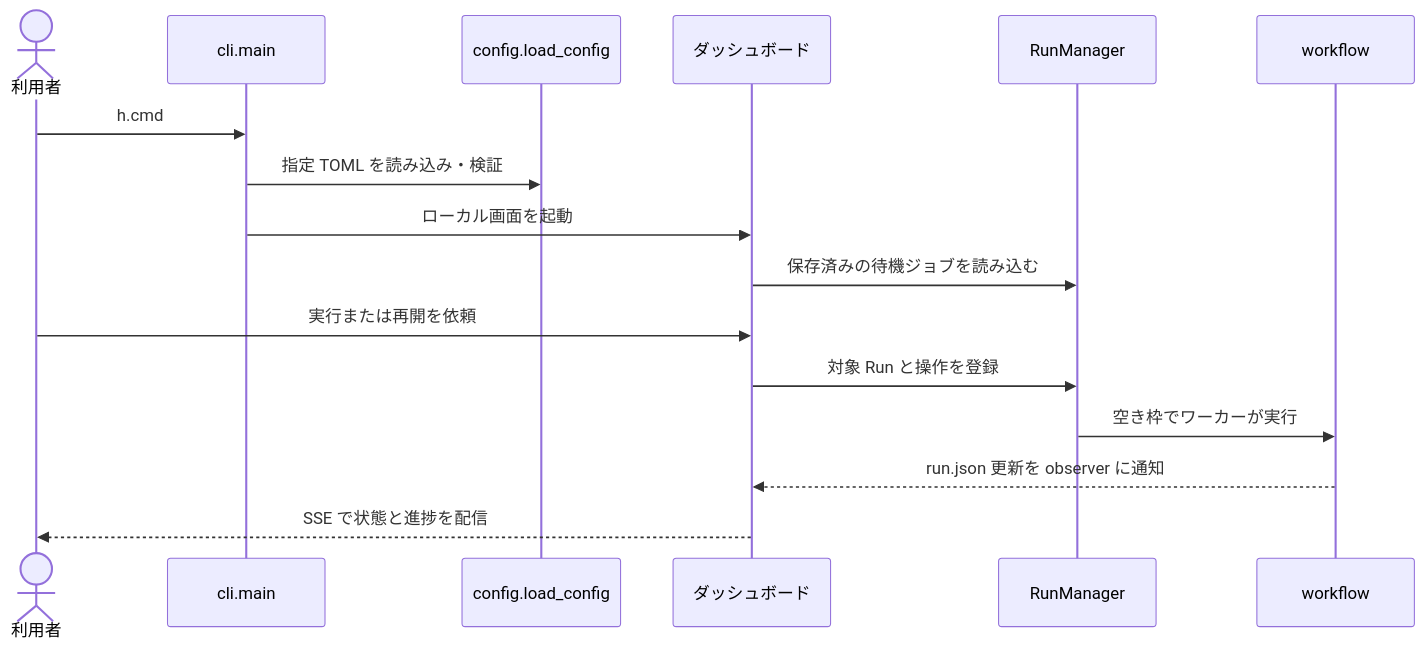
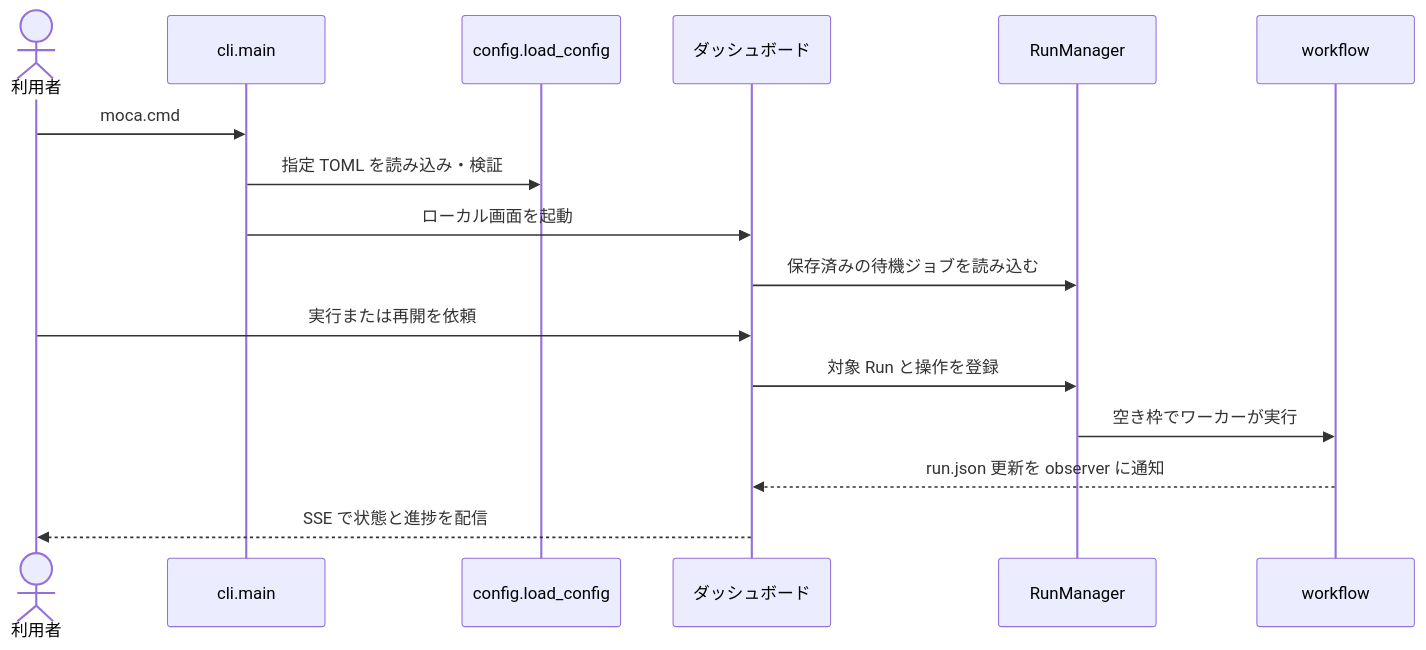
The third of 8 diagrams in docs/architecture.md (SSsan-00/moca), drawn with Mermaid before and after one commit. The commit also changed other lines of this file and 34 other files, not shown here.

````diff
--- a/docs/architecture.md
+++ b/docs/architecture.md
@@ -202,19 +199,19 @@
 ```mermaid
 sequenceDiagram
     actor User as 利用者
     participant CLI as cli.main
     participant Config as config.load_config
     participant HTTP as ダッシュボード
     participant Manager as RunManager
     participant Flow as workflow
 
-    User->>CLI: h.cmd
+    User->>CLI: moca.cmd
     CLI->>Config: 指定 TOML を読み込み・検証
     CLI->>HTTP: ローカル画面を起動
     HTTP->>Manager: 保存済みの待機ジョブを読み込む
     User->>HTTP: 実行または再開を依頼
     HTTP->>Manager: 対象 Run と操作を登録
     Manager->>Flow: 空き枠でワーカーが実行
     Flow-->>HTTP: run.json 更新を observer に通知
     HTTP-->>User: SSE で状態と進捗を配信
 ```
````
